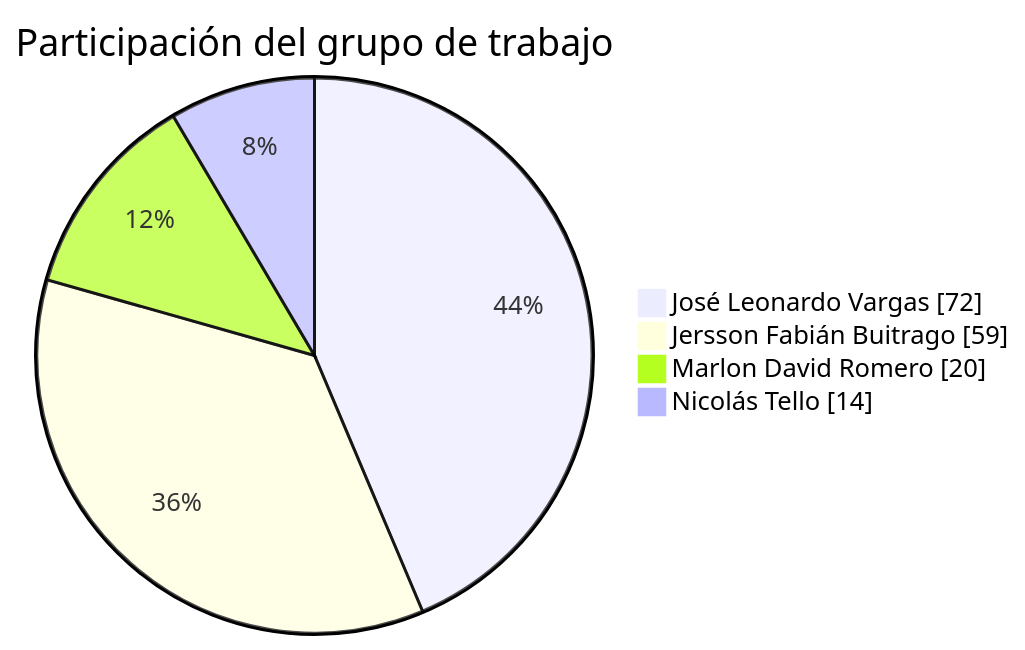
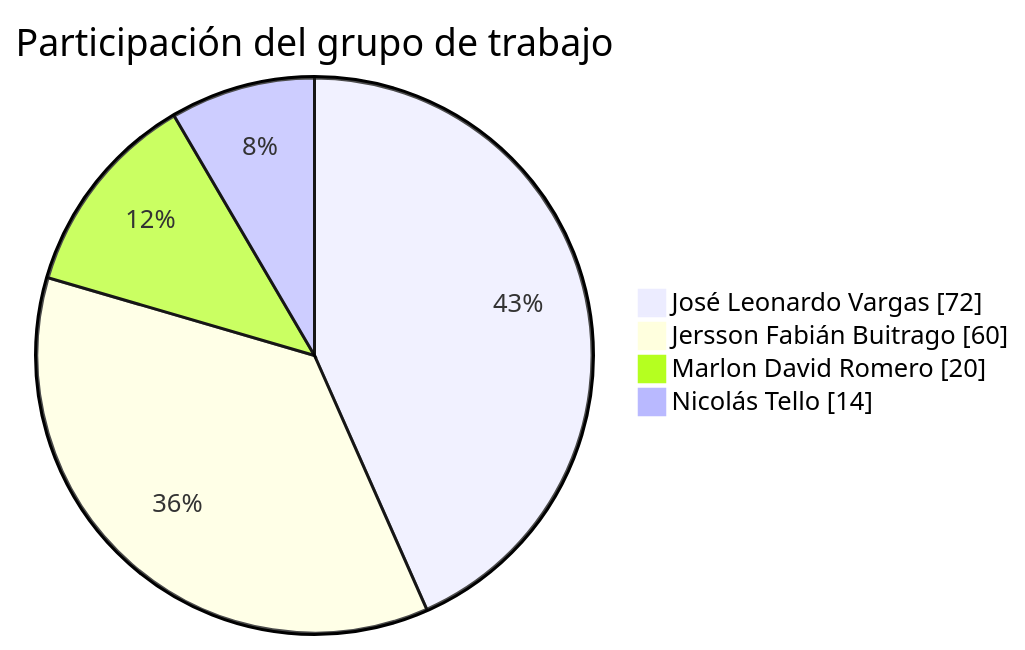
The first of 2 diagrams in README.md (FarmaExpres/FarmaExpres), drawn with Mermaid before and after one commit. The commit also changed other lines of this file and 1 other file, not shown here.

````diff
--- a/README.md
+++ b/README.md
@@ -312,8 +312,8 @@
 ```mermaid
 pie showData
     title Participación del grupo de trabajo
     "José Leonardo Vargas" : 72
-    "Jersson Fabián Buitrago" : 59
+    "Jersson Fabián Buitrago" : 60
     "Marlon David Romero" : 20
     "Nicolás Tello" : 14
 ```
````
